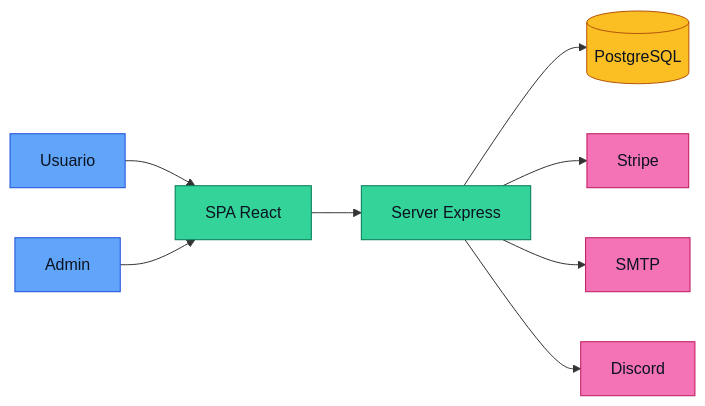
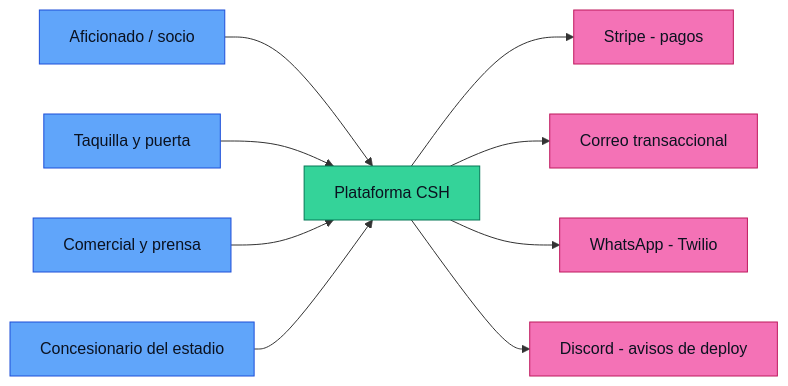
The first of 11 diagrams in docs/diagramas.md (S3-Simple-Software-Solutions/CSH), drawn with Mermaid before and after one commit. The commit also changed other lines of this file, not shown here.

First line of the commit message:
docs(diagramas): reescribir los diagramas al stack destino .NET 10 e infra AWS

````diff
--- a/docs/diagramas.md
+++ b/docs/diagramas.md
@@ -7,24 +17,28 @@
 ```mermaid
 flowchart LR
     classDef cliente fill:#60a5fa,color:#0b1220,stroke:#1d4ed8
     classDef app fill:#34d399,color:#0b1220,stroke:#047857
-    classDef datos fill:#fbbf24,color:#0b1220,stroke:#b45309
     classDef externo fill:#f472b6,color:#0b1220,stroke:#be185d
 
-    Usuario[Usuario]:::cliente
-    Admin[Admin]:::cliente
-    SPA[SPA React]:::app
-    Server[Server Express]:::app
-    DB[(PostgreSQL)]:::datos
-    Stripe[Stripe]:::externo
-    SMTP[SMTP]:::externo
-    Discord[Discord]:::externo
+    Aficionado[Aficionado / socio]:::cliente
+    Taquilla[Taquilla y puerta]:::cliente
+    Comercial[Comercial y prensa]:::cliente
+    Local[Concesionario del estadio]:::cliente
 
-    Usuario --> SPA
-    Admin --> SPA
-    SPA --> Server
-    Server --> DB
-    Server --> Stripe
-    Server --> SMTP
-    Server --> Discord
+    CSH[Plataforma CSH]:::app
+
+    Stripe[Stripe - pagos]:::externo
+    Correo[Correo transaccional]:::externo
+    WhatsApp[WhatsApp - Twilio]:::externo
+    Discord[Discord - avisos de deploy]:::externo
+
+    Aficionado --> CSH
+    Taquilla --> CSH
+    Comercial --> CSH
+    Local --> CSH
+
+    CSH --> Stripe
+    CSH --> Correo
+    CSH --> WhatsApp
+    CSH --> Discord
 ```
````
